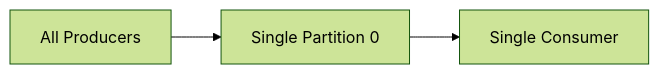
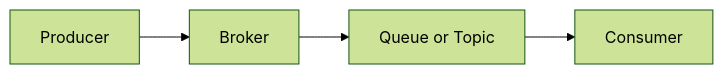
Before and after one commit to hareramcse/SystemDesign: diagram 11 of 28 in 06-messaging-and-events/README.md, drawn with Mermaid (forest theme). The commit also changed other lines of this file, not shown here.

````diff
--- a/06-messaging-and-events/README.md
+++ b/06-messaging-and-events/README.md
@@ -790,5 +1977,6 @@
 ```mermaid
 flowchart LR
-  P[All Producers] --> Part0[Single Partition 0]
-  Part0 --> C[Single Consumer]
+    P[Producer] --> B[Broker]
+    B --> D[Queue or Topic]
+    D --> C[Consumer]
 ```
````
